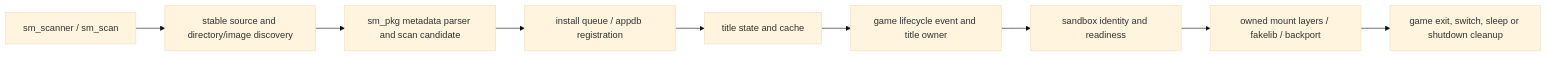
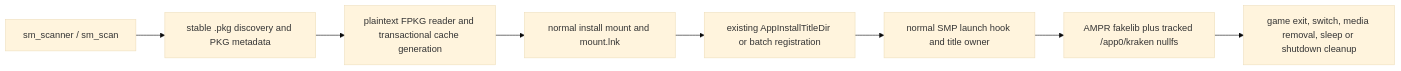
One commit to Ribelio/ShadowKraken changed the diagram in docs/fpkg-native-architecture.md. Above: the diagram before and after it, drawn with Mermaid (base theme). The commit also changed other lines of this file and 19 other files, not shown here.

Commit message:
Integrate native FPKG lifecycle into SMP

````diff
--- a/docs/fpkg-native-architecture.md
+++ b/docs/fpkg-native-architecture.md
@@ -56,11 +68,10 @@
 ```mermaid
 flowchart LR
-  A[sm_scanner / sm_scan] --> B[stable source and directory/image discovery]
-  B --> C[sm_pkg metadata parser and scan candidate]
-  C --> D[install queue / appdb registration]
-  D --> E[title state and cache]
-  E --> F[game lifecycle event and title owner]
-  F --> G[sandbox identity and readiness]
-  G --> H[owned mount layers / fakelib / backport]
-  H --> I[game exit, switch, sleep or shutdown cleanup]
+  A[sm_scanner / sm_scan] --> B[stable .pkg discovery and PKG metadata]
+  B --> C[plaintext FPKG reader and transactional cache generation]
+  C --> D[normal install mount and mount.lnk]
+  D --> E[existing AppInstallTitleDir or batch registration]
+  E --> F[normal SMP launch hook and title owner]
+  F --> G[AMPR fakelib plus tracked /app0/kraken nullfs]
+  G --> H[game exit, switch, media removal, sleep or shutdown cleanup]
 ```
````
